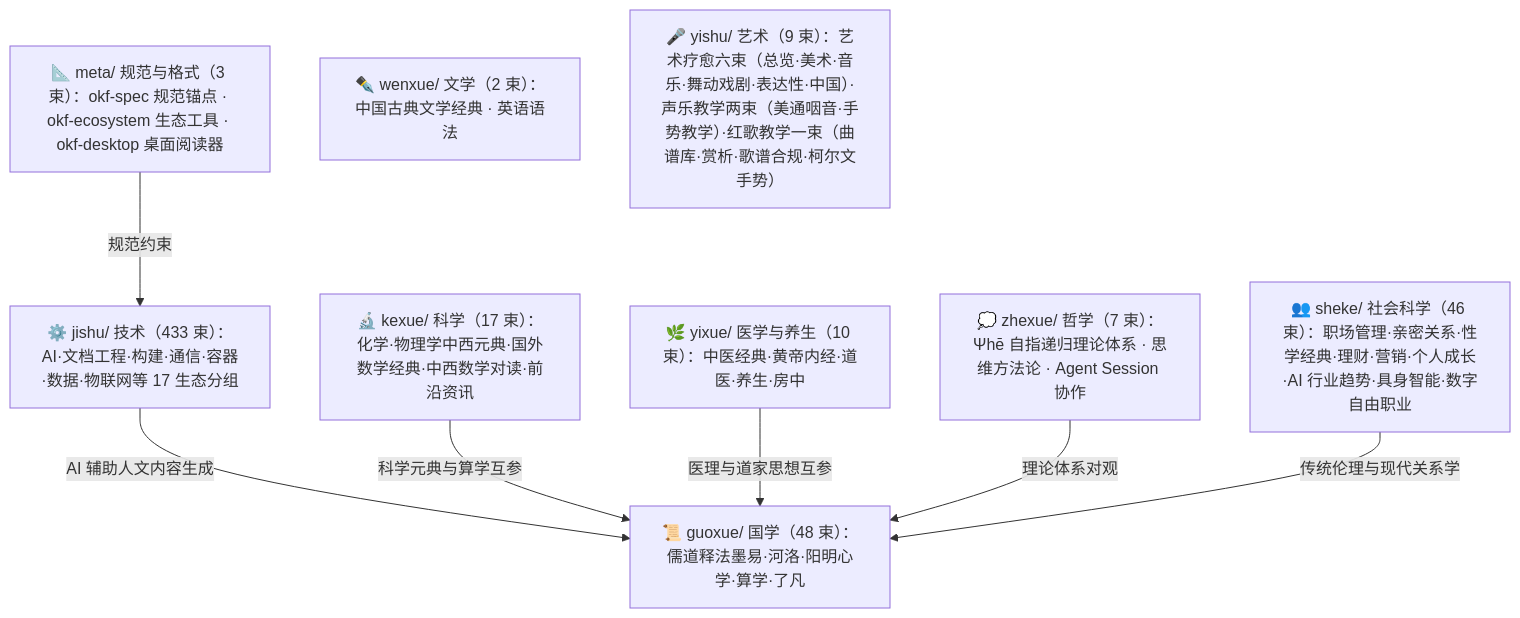
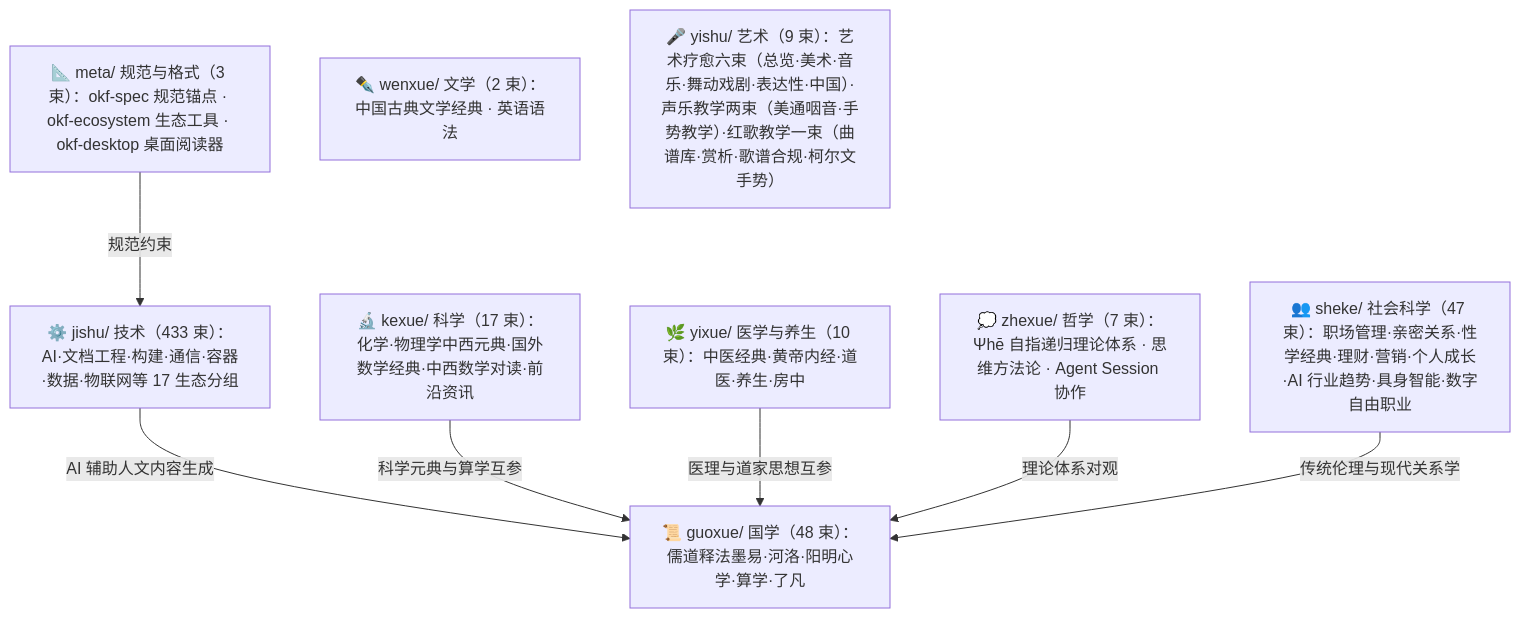
The diagram in doc/bundles/index.md (awesome-flexloop/awesome-okf), drawn with Mermaid before and after one commit. The commit also changed other lines of this file and 11 other files, not shown here.

````diff
--- a/doc/bundles/index.md
+++ b/doc/bundles/index.md
@@ -21,18 +21,18 @@
 ```mermaid
 flowchart TD
     meta["📐 meta/ 规范与格式（3 束）：okf-spec 规范锚点 · okf-ecosystem 生态工具 · okf-desktop 桌面阅读器"]
     guoxue["📜 guoxue/ 国学（48 束）：儒道释法墨易·河洛·阳明心学·算学·了凡"]
     zhexue["💭 zhexue/ 哲学（7 束）：Ψhē 自指递归理论体系 · 思维方法论 · Agent Session 协作"]
     kexue["🔬 kexue/ 科学（17 束）：化学·物理学中西元典·国外数学经典·中西数学对读·前沿资讯"]
     wenxue["✒️ wenxue/ 文学（2 束）：中国古典文学经典 · 英语语法"]
     yixue["🌿 yixue/ 医学与养生（10 束）：中医经典·黄帝内经·道医·养生·房中"]
-    sheke["👥 sheke/ 社会科学（46 束）：职场管理·亲密关系·性学经典·理财·营销·个人成长·AI 行业趋势·具身智能·数字自由职业"]
+    sheke["👥 sheke/ 社会科学（47 束）：职场管理·亲密关系·性学经典·理财·营销·个人成长·AI 行业趋势·具身智能·数字自由职业"]
     yishu["🎤 yishu/ 艺术（9 束）：艺术疗愈六束（总览·美术·音乐·舞动戏剧·表达性·中国）·声乐教学两束（美通咽音·手势教学）·红歌教学一束（曲谱库·赏析·歌谱合规·柯尔文手势）"]
     jishu["⚙️ jishu/ 技术（433 束）：AI·文档工程·构建·通信·容器·数据·物联网等 17 生态分组"]
     meta -->|"规范约束"| jishu
     jishu -->|"AI 辅助人文内容生成"| guoxue
     kexue -->|"科学元典与算学互参"| guoxue
     yixue -->|"医理与道家思想互参"| guoxue
     zhexue -->|"理论体系对观"| guoxue
     sheke -->|"传统伦理与现代关系学"| guoxue
 ```
````
